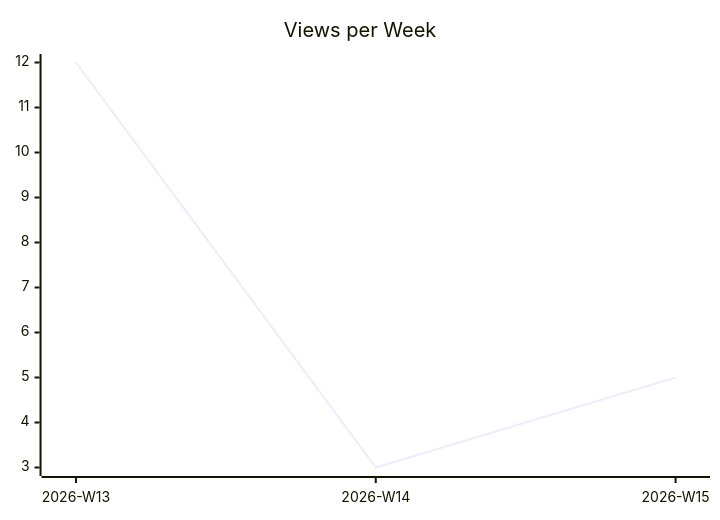
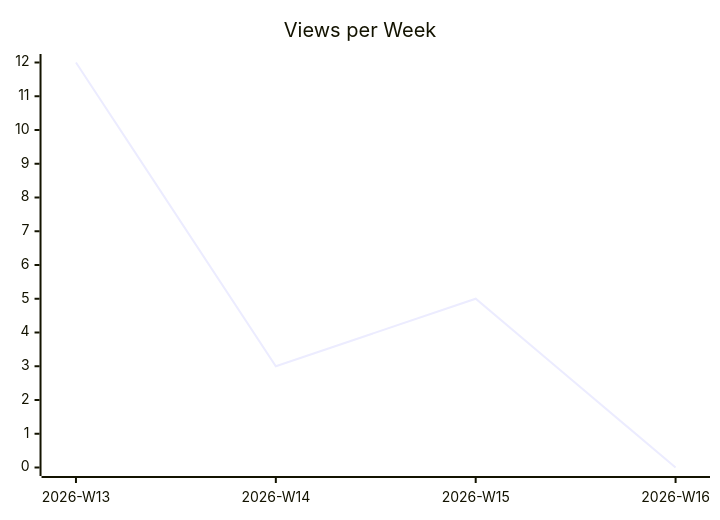
Before and after one commit to justdavis-family/github-analytics-data: the second of 3 diagrams in karlmdavis/xmlpull/README.md, drawn with Mermaid. The commit also changed other lines of this file and 176 other files, not shown here.

````diff
--- a/karlmdavis/xmlpull/README.md
+++ b/karlmdavis/xmlpull/README.md
@@ -12,6 +12,6 @@
 ```mermaid
 xychart-beta
   title "Views per Week"
-  x-axis ["2026-W13", "2026-W14", "2026-W15"]
-  line [12, 3, 5]
+  x-axis ["2026-W13", "2026-W14", "2026-W15", "2026-W16"]
+  line [12, 3, 5, 0]
 ```
````
